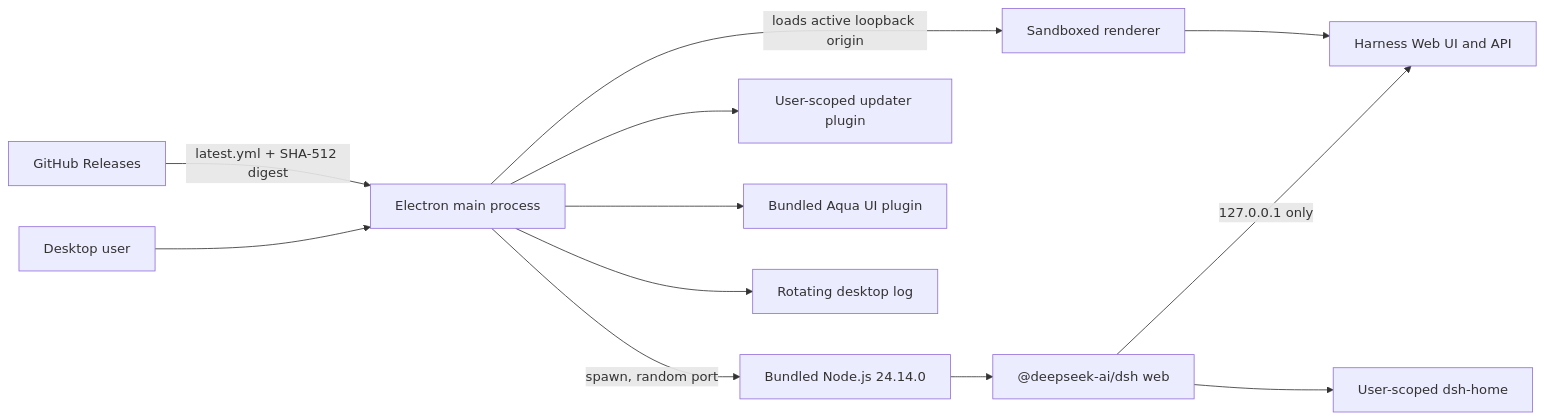
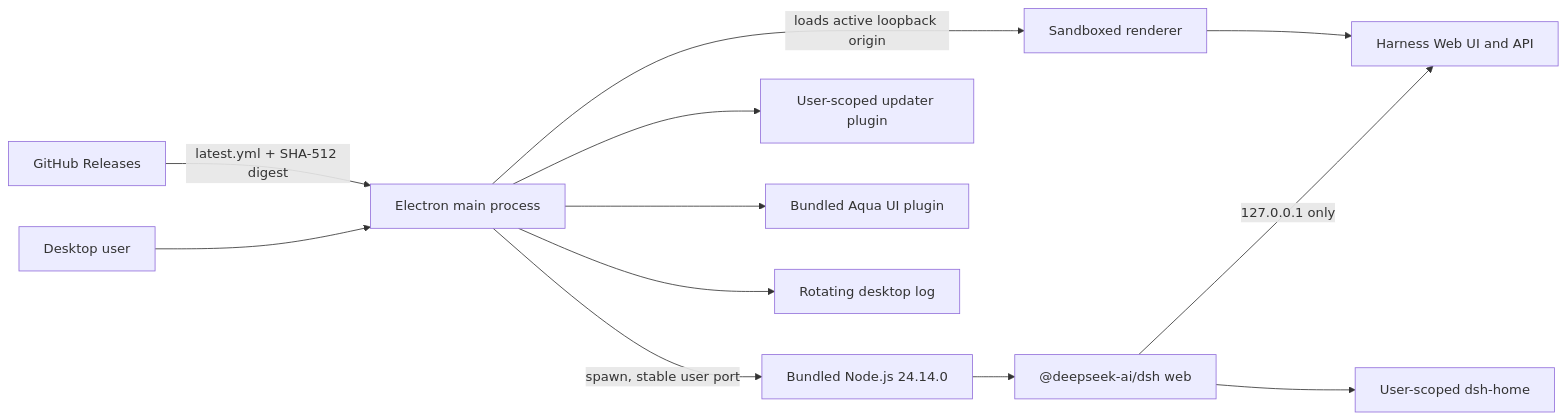
Before and after one commit to Icdafy/DeepSeek-Harness-Desktop: the diagram in docs/ARCHITECTURE.md, drawn with Mermaid. The commit also changed other lines of this file and 13 other files, not shown here.

````diff
--- a/docs/ARCHITECTURE.md
+++ b/docs/ARCHITECTURE.md
@@ -5,14 +5,14 @@
 ```mermaid
 flowchart LR
     U["Desktop user"] --> E["Electron main process"]
-    E -->|"spawn, random port"| N["Bundled Node.js 24.14.0"]
+    E -->|"spawn, stable user port"| N["Bundled Node.js 24.14.0"]
     N --> D["@deepseek-ai/dsh web"]
     D -->|"127.0.0.1 only"| W["Harness Web UI and API"]
     E -->|"loads active loopback origin"| R["Sandboxed renderer"]
     R --> W
     G["GitHub Releases"] -->|"latest.yml + SHA-512 digest"| E
     E --> P["User-scoped updater plugin"]
     E --> A["Bundled Aqua UI plugin"]
     D --> H["User-scoped dsh-home"]
     E --> L["Rotating desktop log"]
 ```
````
